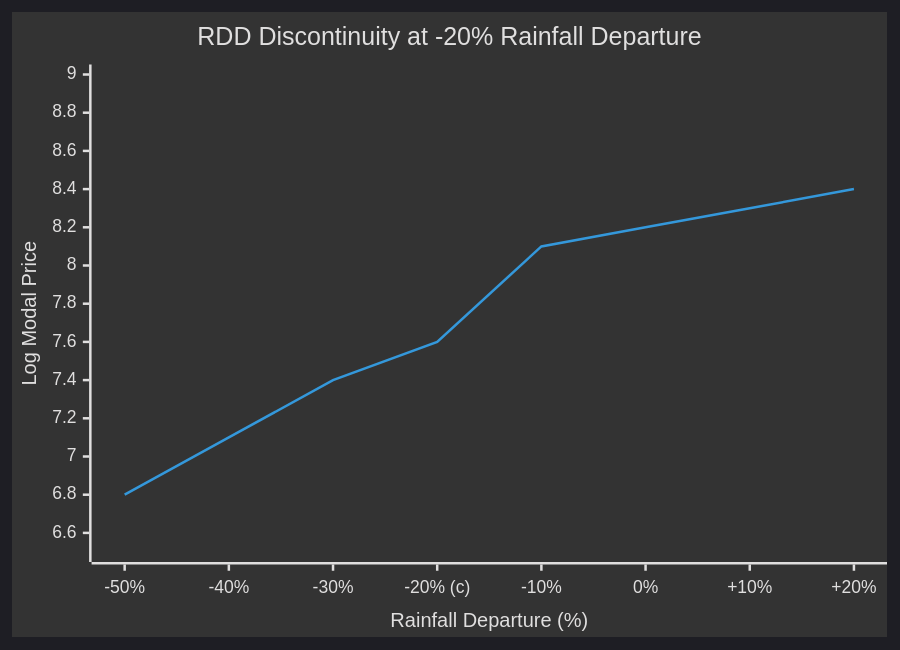
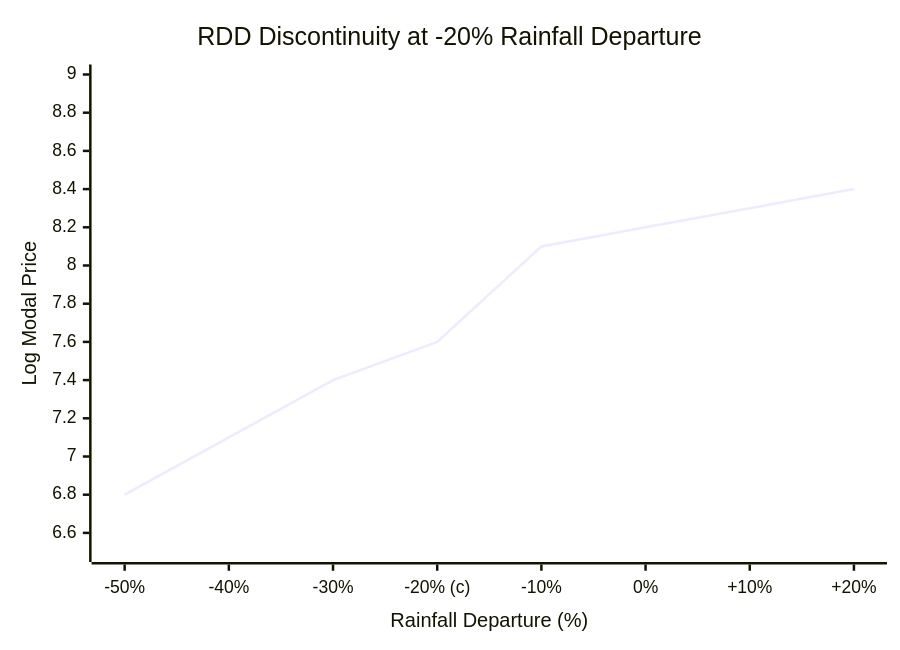
One commit to flawsom/test-mandi changed the first of 2 diagrams in technical-writeup.md. Above: the diagram before and after it, drawn with Mermaid. The commit also changed other lines of this file and 13 other files, not shown here.

First line of the commit message:
docs: pre-render all remaining mermaid diagrams to Alche-themed SVGs

````diff
--- a/technical-writeup.md
+++ b/technical-writeup.md
@@ -83,8 +96,7 @@
 ```mermaid
-%%{init: {'theme': 'dark', 'themeVariables': { 'backgroundColor': '#1a1a2e', 'primaryColor': '#d7ff00', 'lineColor': '#d7ff00', 'textColor': '#ffffff'}}}%%
 xychart-beta
     title "RDD Discontinuity at -20% Rainfall Departure"
     x-axis "Rainfall Departure (%)" ["-50%", "-40%", "-30%", "-20% (c)", "-10%", "0%", "+10%", "+20%"]
     y-axis "Log Modal Price" 6.5 --> 9.0
     line [6.8, 7.1, 7.4, 7.6, 8.1, 8.2, 8.3, 8.4]
 ```
````
